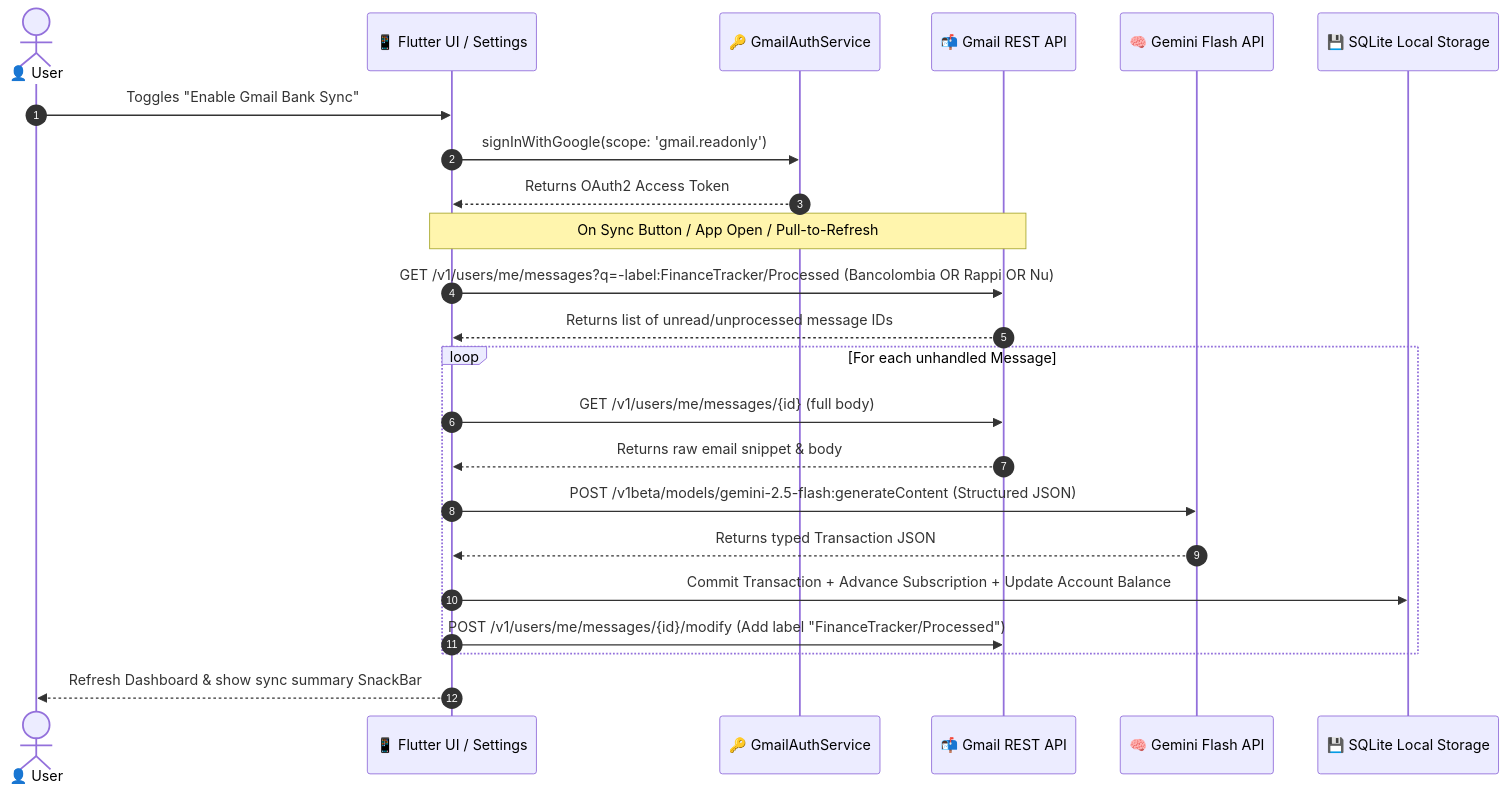
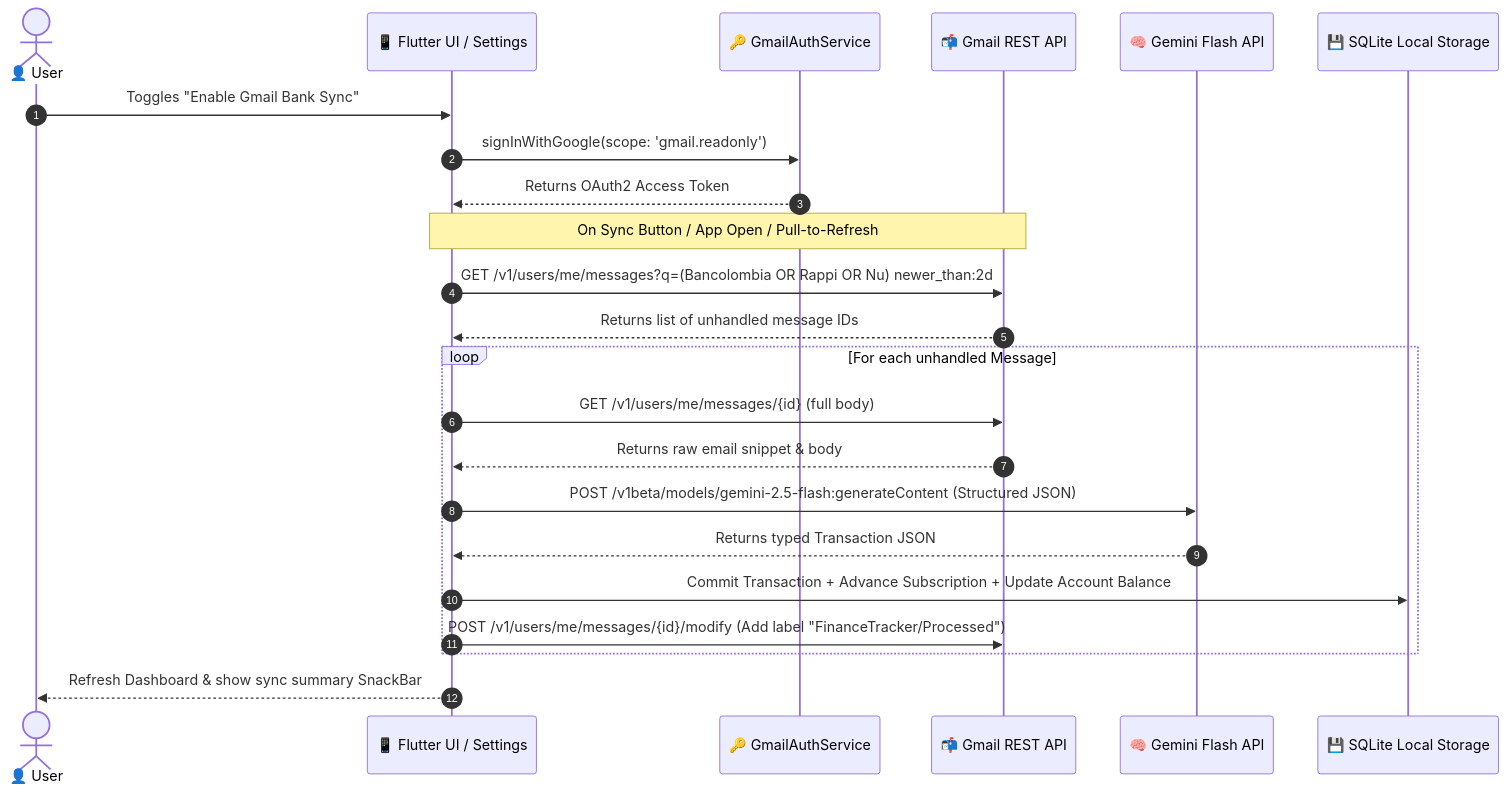
Before and after one commit to Fjerez7/finance-tracker: the diagram in doc/spec/interface/spec-00004-client-side-gmail-oauth-bank-sync.md, drawn with Mermaid. The commit also changed other lines of this file and 25 other files, not shown here.

````diff
--- a/doc/spec/interface/spec-00004-client-side-gmail-oauth-bank-sync.md
+++ b/doc/spec/interface/spec-00004-client-side-gmail-oauth-bank-sync.md
@@ -45,28 +46,28 @@
 ```mermaid
 sequenceDiagram
     autonumber
     actor User as 👤 User
     participant Flutter as 📱 Flutter UI / Settings
     participant Auth as 🔑 GmailAuthService
     participant GmailAPI as 📬 Gmail REST API
     participant Gemini as 🧠 Gemini Flash API
     participant LocalDB as 💾 SQLite Local Storage
 
     User->>Flutter: Toggles "Enable Gmail Bank Sync"
     Flutter->>Auth: signInWithGoogle(scope: 'gmail.readonly')
     Auth-->>Flutter: Returns OAuth2 Access Token
 
     Note over Flutter,GmailAPI: On Sync Button / App Open / Pull-to-Refresh
-    Flutter->>GmailAPI: GET /v1/users/me/messages?q=-label:FinanceTracker/Processed (Bancolombia OR Rappi OR Nu)
-    GmailAPI-->>Flutter: Returns list of unread/unprocessed message IDs
+    Flutter->>GmailAPI: GET /v1/users/me/messages?q=(Bancolombia OR Rappi OR Nu) newer_than:2d
+    GmailAPI-->>Flutter: Returns list of unhandled message IDs
 
     loop For each unhandled Message
         Flutter->>GmailAPI: GET /v1/users/me/messages/{id} (full body)
         GmailAPI-->>Flutter: Returns raw email snippet & body
         Flutter->>Gemini: POST /v1beta/models/gemini-2.5-flash:generateContent (Structured JSON)
         Gemini-->>Flutter: Returns typed Transaction JSON
         Flutter->>LocalDB: Commit Transaction + Advance Subscription + Update Account Balance
         Flutter->>GmailAPI: POST /v1/users/me/messages/{id}/modify (Add label "FinanceTracker/Processed")
     end
     Flutter-->>User: Refresh Dashboard & show sync summary SnackBar
 ```
````
